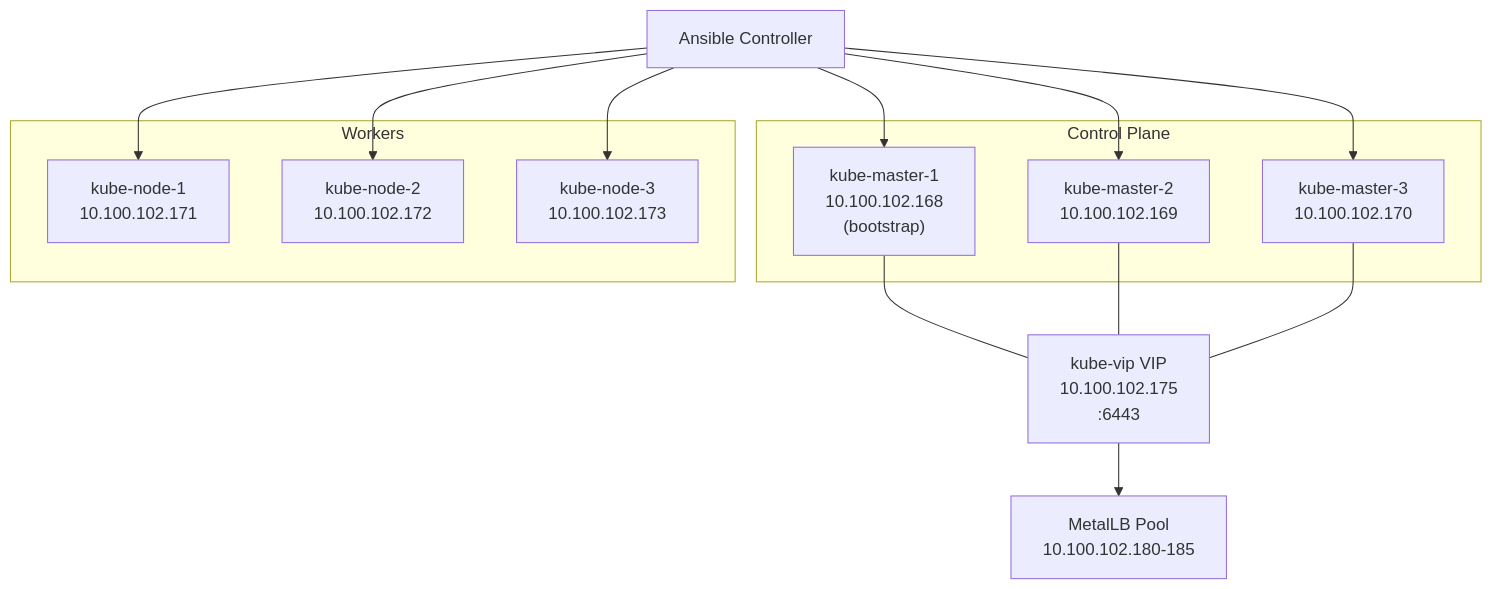
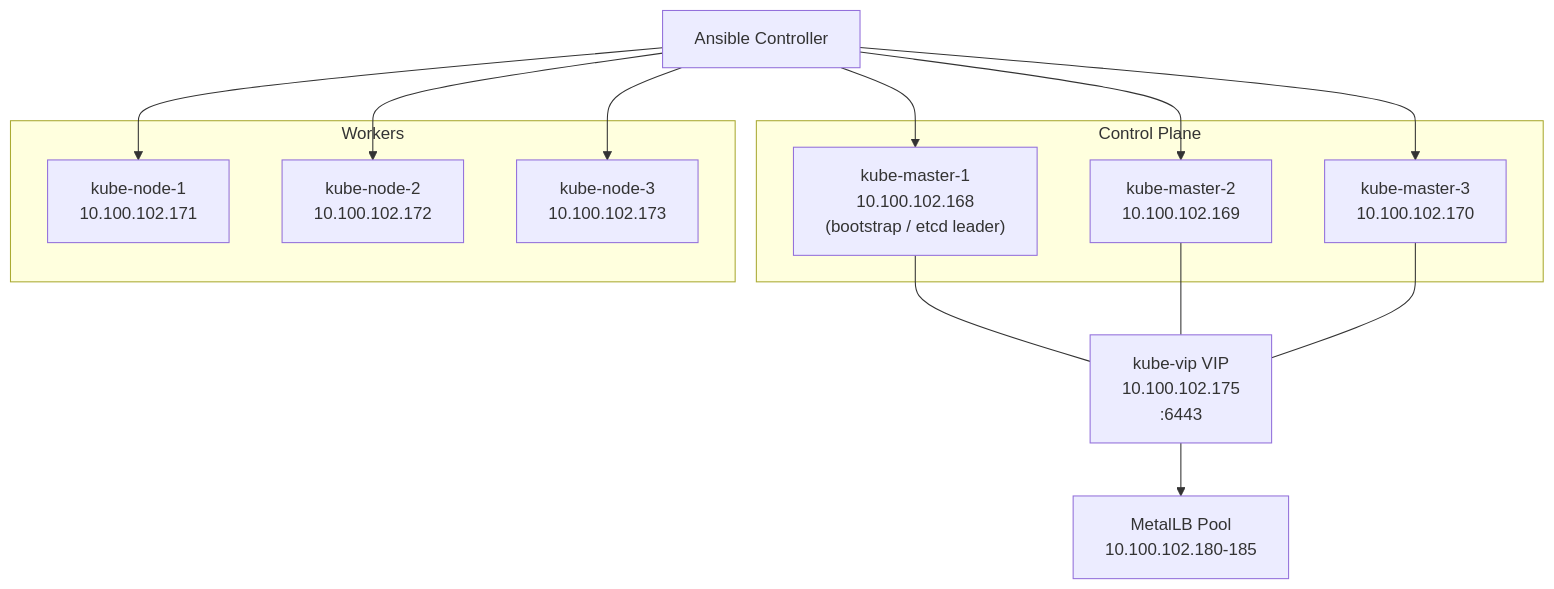
Before and after one commit to SimonJan2/Ansible: the first of 2 diagrams in README.md, drawn with Mermaid. The commit also changed other lines of this file and 22 other files, not shown here.

````diff
--- a/README.md
+++ b/README.md
@@ -20,32 +21,32 @@
 ```mermaid
 flowchart TD
     ansible[Ansible Controller]
 
     subgraph controlPlane [Control Plane]
-        km1["kube-master-1\n10.100.102.168\n(bootstrap)"]
+        km1["kube-master-1\n10.100.102.168\n(bootstrap / etcd leader)"]
         km2["kube-master-2\n10.100.102.169"]
         km3["kube-master-3\n10.100.102.170"]
     end
 
     subgraph workers [Workers]
         kn1["kube-node-1\n10.100.102.171"]
         kn2["kube-node-2\n10.100.102.172"]
         kn3["kube-node-3\n10.100.102.173"]
     end
 
     vip["kube-vip VIP\n10.100.102.175\n:6443"]
     metallb["MetalLB Pool\n10.100.102.180-185"]
 
     ansible --> km1
     ansible --> km2
     ansible --> km3
     ansible --> kn1
     ansible --> kn2
     ansible --> kn3
 
     km1 --- vip
     km2 --- vip
     km3 --- vip
 
     vip --> metallb
 ```
````
